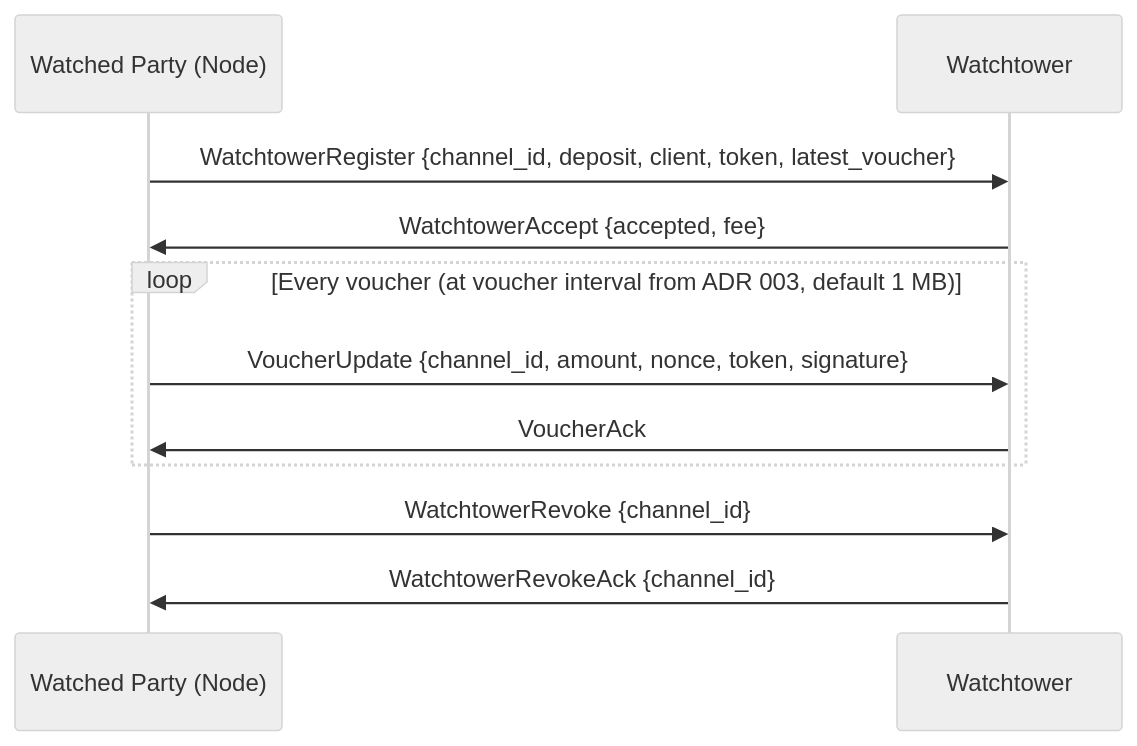
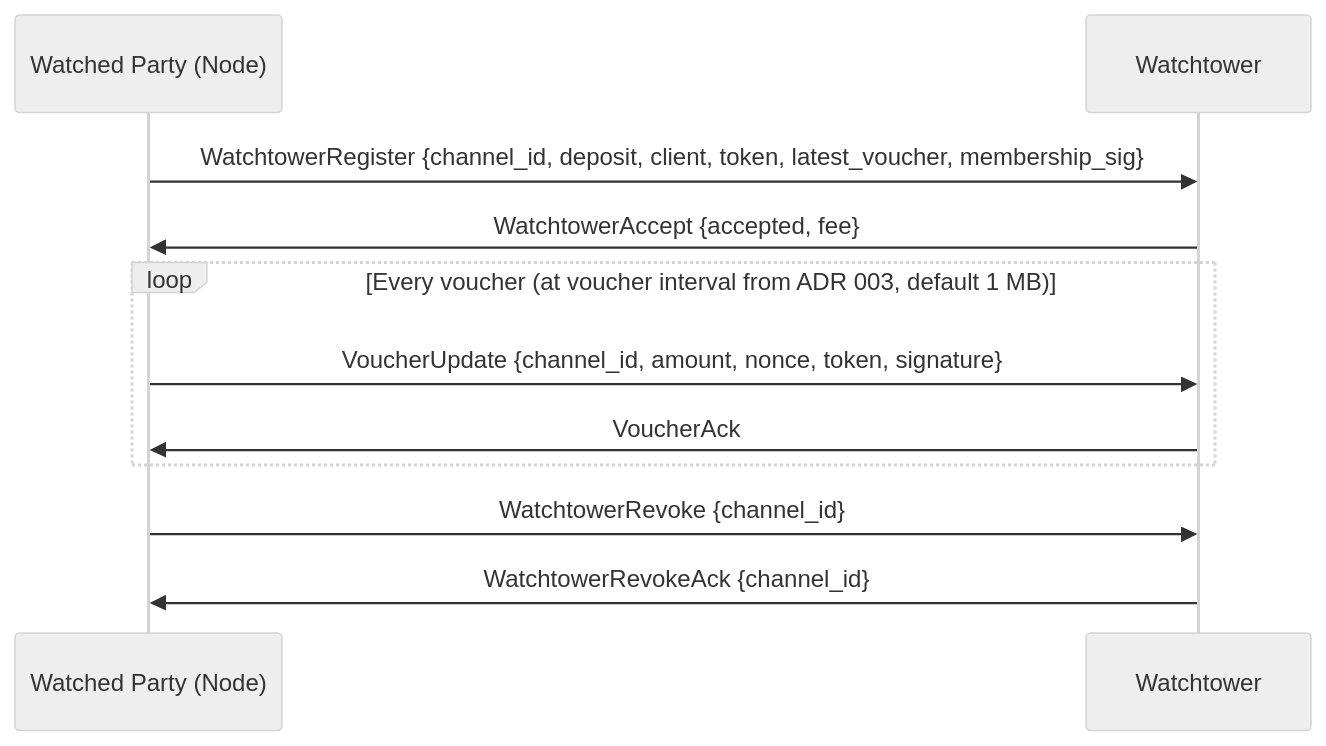
The first of 2 diagrams in adr/007-watchtower.md (decdn/decdn), drawn with Mermaid (neutral theme) before and after one commit. The commit also changed other lines of this file and 3 other files, not shown here.

````diff
--- a/adr/007-watchtower.md
+++ b/adr/007-watchtower.md
@@ -68,16 +68,16 @@
 ```mermaid
 sequenceDiagram
     participant W as Watched Party (Node)
     participant T as Watchtower
 
-    W->>T: WatchtowerRegister {channel_id, deposit, client, token, latest_voucher}
+    W->>T: WatchtowerRegister {channel_id, deposit, client, token, latest_voucher, membership_sig}
     T->>W: WatchtowerAccept {accepted, fee}
 
     loop Every voucher (at voucher interval from ADR 003, default 1 MB)
         W->>T: VoucherUpdate {channel_id, amount, nonce, token, signature}
         T->>W: VoucherAck
     end
 
     W->>T: WatchtowerRevoke {channel_id}
     T->>W: WatchtowerRevokeAck {channel_id}
 ```
````
